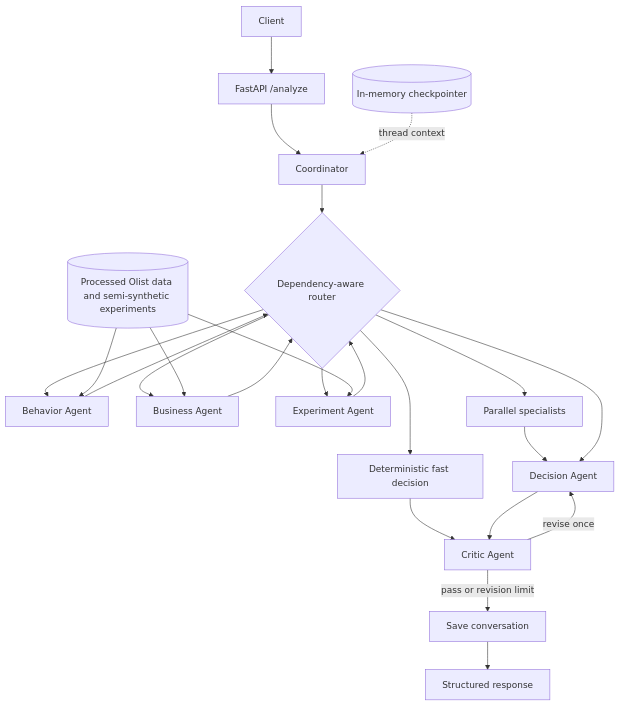
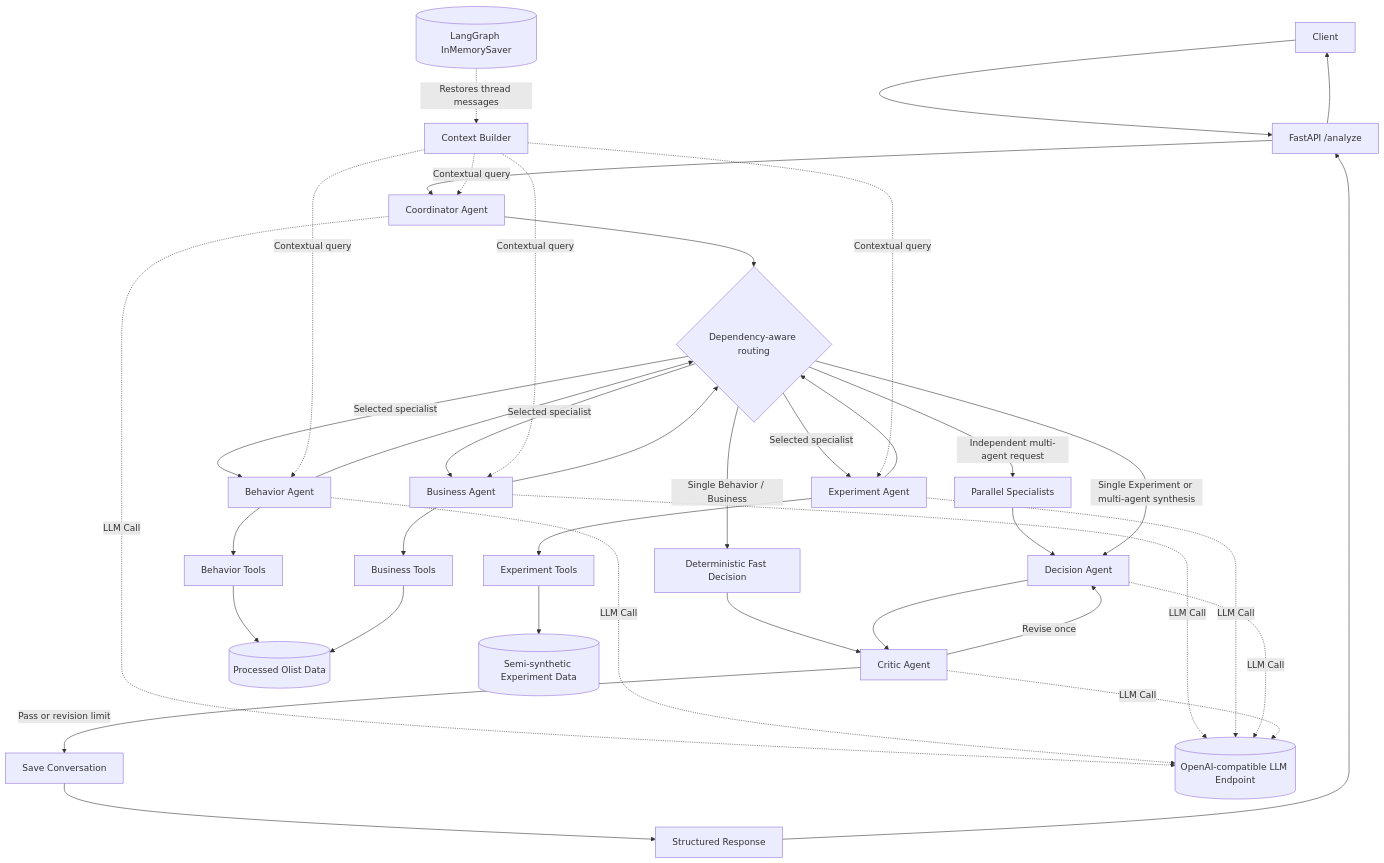
One commit to shen157/ecommerce-growth-agent changed the diagram in README.md. Above: the diagram before and after it, drawn with Mermaid.

Commit message:
Refine architecture diagram

````diff
--- a/README.md
+++ b/README.md
@@ -21,29 +21,61 @@
 ```mermaid
 flowchart TD
     Client[Client] --> API[FastAPI /analyze]
-    API --> Coordinator[Coordinator]
-    Coordinator --> Router{Dependency-aware router}
+    API --> Coordinator[Coordinator Agent]
 
-    Router --> Behavior[Behavior Agent]
-    Router --> Business[Business Agent]
-    Router --> Experiment[Experiment Agent]
+    Coordinator --> Router{Dependency-aware routing}
+
+    %% Specialist execution
+    Router -->|Selected specialist| Behavior[Behavior Agent]
+    Router -->|Selected specialist| Business[Business Agent]
+    Router -->|Selected specialist| Experiment[Experiment Agent]
+
     Behavior --> Router
     Business --> Router
     Experiment --> Router
 
-    Router --> Parallel[Parallel specialists]
+    %% Parallel specialist path
+    Router -->|Independent multi-agent request| Parallel[Parallel Specialists]
     Parallel --> Decision[Decision Agent]
-    Router --> Fast[Deterministic fast decision]
-    Router --> Decision
+
+    %% Single-agent fast path
+    Router -->|Single Behavior / Business| Fast[Deterministic Fast Decision]
+
+    %% Full decision path
+    Router -->|Single Experiment or multi-agent synthesis| Decision
 
     Fast --> Critic[Critic Agent]
     Decision --> Critic
-    Critic -->|pass or revision limit| Memory[Save conversation]
-    Critic -->|revise once| Decision
-    Memory --> Response[Structured response]
 
-    Checkpointer[(In-memory checkpointer)] -. thread context .-> Coordinator
-    Data[(Processed Olist data and semi-synthetic experiments)] --> Behavior
-    Data --> Business
-    Data --> Experiment
+    Critic -->|Revise once| Decision
+    Critic -->|Pass or revision limit| Save[Save Conversation]
+
+    Save --> Response[Structured Response]
+    Response --> API
+    API --> Client
+
+    %% Tools and data
+    Behavior --> BehaviorTools[Behavior Tools]
+    Business --> BusinessTools[Business Tools]
+    Experiment --> ExperimentTools[Experiment Tools]
+
+    BehaviorTools --> Data[(Processed Olist Data)]
+    BusinessTools --> Data
+    ExperimentTools --> Experiments[(Semi-synthetic Experiment Data)]
+
+    %% Conversation memory
+    Checkpointer[(LangGraph InMemorySaver)] -. Restores thread messages .-> Context[Context Builder]
+    Context -. Contextual query .-> Coordinator
+    Context -. Contextual query .-> Behavior
+    Context -. Contextual query .-> Business
+    Context -. Contextual query .-> Experiment
+
+    %% External LLM provider
+    LLM[(OpenAI-compatible LLM Endpoint)]
+    Coordinator -. LLM Call .-> LLM
+    Behavior -. LLM Call .-> LLM
+    Business -. LLM Call .-> LLM
+    Experiment -. LLM Call .-> LLM
+    Decision -. LLM Call .-> LLM
+    Critic -. LLM Call .-> LLM
 ```
````
